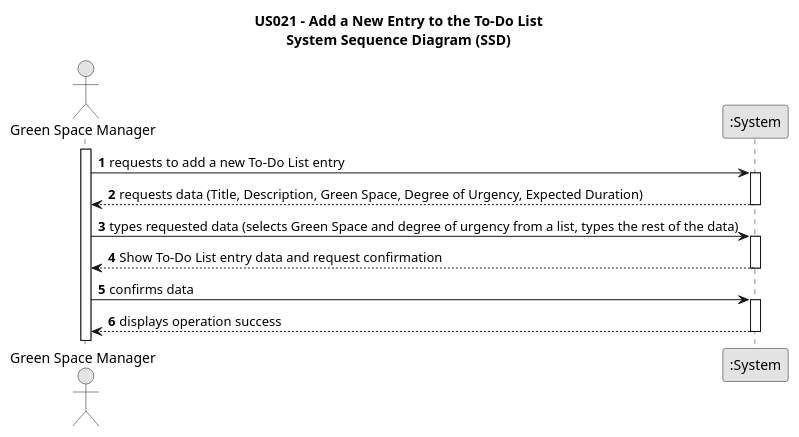
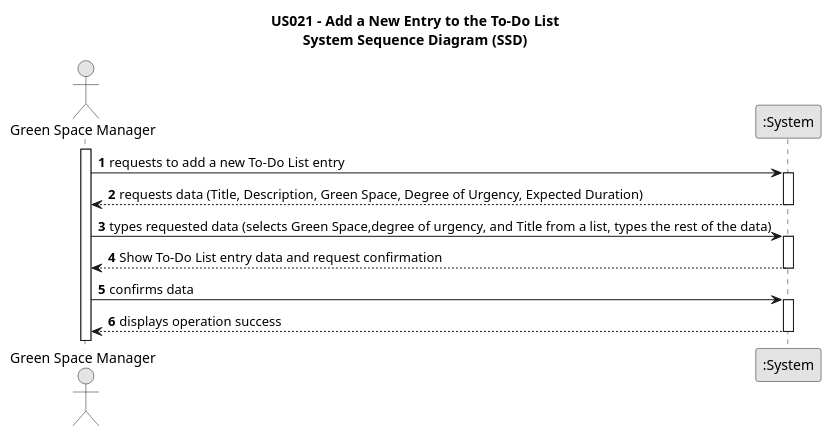
The diagram in docs/sprintC/us021/01.requirements-engineering/puml/us021-system-sequence-diagram.puml (Mendoncaa/LAPR2), drawn with PlantUML before and after one commit. The commit also changed 4 other files, not shown here.

```diff
--- a/docs/sprintC/us021/01.requirements-engineering/puml/us021-system-sequence-diagram.puml
+++ b/docs/sprintC/us021/01.requirements-engineering/puml/us021-system-sequence-diagram.puml
@@ -1,34 +1,34 @@
 @startuml
 skinparam monochrome true
 skinparam packageStyle rectangle
 skinparam shadowing false
 
 title US021 - Add a New Entry to the To-Do List\nSystem Sequence Diagram (SSD)
 
 autonumber
 
 actor "Green Space Manager" as GSM
 participant ":System" as System
 
 activate GSM
 
     GSM -> System : requests to add a new To-Do List entry
     activate System
 
         System --> GSM : requests data (Title, Description, Green Space, Degree of Urgency, Expected Duration)
     deactivate System
 
-    GSM -> System : types requested data (selects Green Space and degree of urgency from a list, types the rest of the data)
+    GSM -> System : types requested data (selects Green Space,degree of urgency, and Title from a list, types the rest of the data)
     activate System
 
         System --> GSM : Show To-Do List entry data and request confirmation
         deactivate System
 
         GSM -> System : confirms data
         activate System
 
         System --> GSM : displays operation success
         
     deactivate System
 
 @enduml
```
